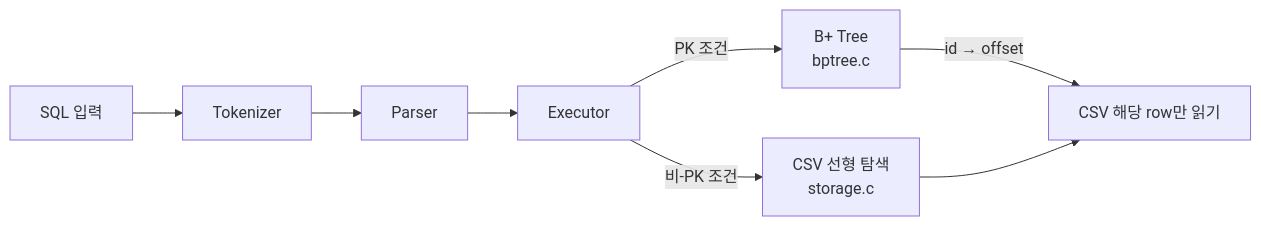
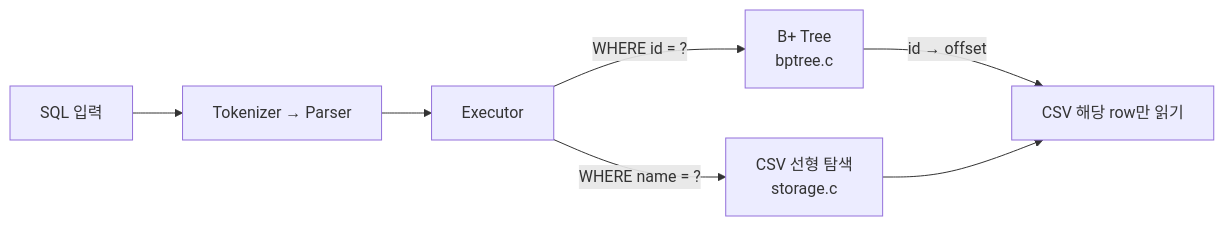
Before and after one commit to Jungle-12-303/week7-02-sql-index: the first of 6 diagrams in docs/presentation.md, drawn with Mermaid. The commit also changed other lines of this file, not shown here.

````diff
--- a/docs/presentation.md
+++ b/docs/presentation.md
@@ -20,10 +18,9 @@
 ```mermaid
 flowchart LR
-    A["SQL 입력"] --> B["Tokenizer"]
-    B --> C["Parser"]
-    C --> D["Executor"]
-    D -->|"PK 조건"| E["B+ Tree\nbptree.c"]
-    D -->|"비-PK 조건"| F["CSV 선형 탐색\nstorage.c"]
-    E -->|"id → offset"| G["CSV 해당 row만 읽기"]
-    F --> G
+    A["SQL 입력"] --> B["Tokenizer → Parser"]
+    B --> C["Executor"]
+    C -->|"WHERE id = ?"| D["B+ Tree\nbptree.c"]
+    C -->|"WHERE name = ?"| E["CSV 선형 탐색\nstorage.c"]
+    D -->|"id → offset"| F["CSV 해당 row만 읽기"]
+    E --> F
 ```
````
